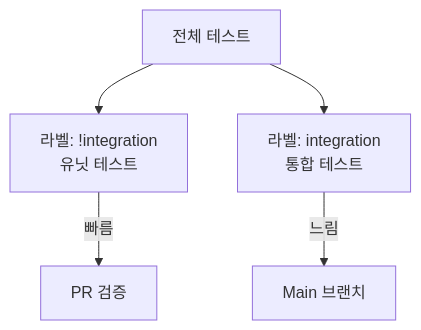
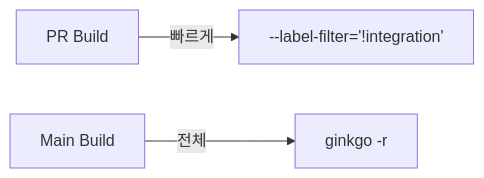
One commit to KimSeogyu/KimSeogyu.github.io changed the fourth of 4 diagrams in src/content/backend/go/enterprise-go-7-testing.md. Above: the diagram before and after it, drawn with Mermaid. The commit also changed other lines of this file and 7 other files, not shown here.

````diff
--- a/src/content/backend/go/enterprise-go-7-testing.md
+++ b/src/content/backend/go/enterprise-go-7-testing.md
@@ -201,10 +112,5 @@
 ```mermaid
-graph TD
-    ALL[전체 테스트]
-    
-    ALL --> UNIT["라벨: !integration<br/>유닛 테스트"]
-    ALL --> INT["라벨: integration<br/>통합 테스트"]
-    
-    UNIT -->|빠름| CI_PR[PR 검증]
-    INT -->|느림| CI_MAIN[Main 브랜치]
+graph LR
+    PR[PR Build] -->|빠르게| UNIT["--label-filter='!integration'"]
+    MAIN[Main Build] -->|전체| ALL["ginkgo -r"]
 ```
````
